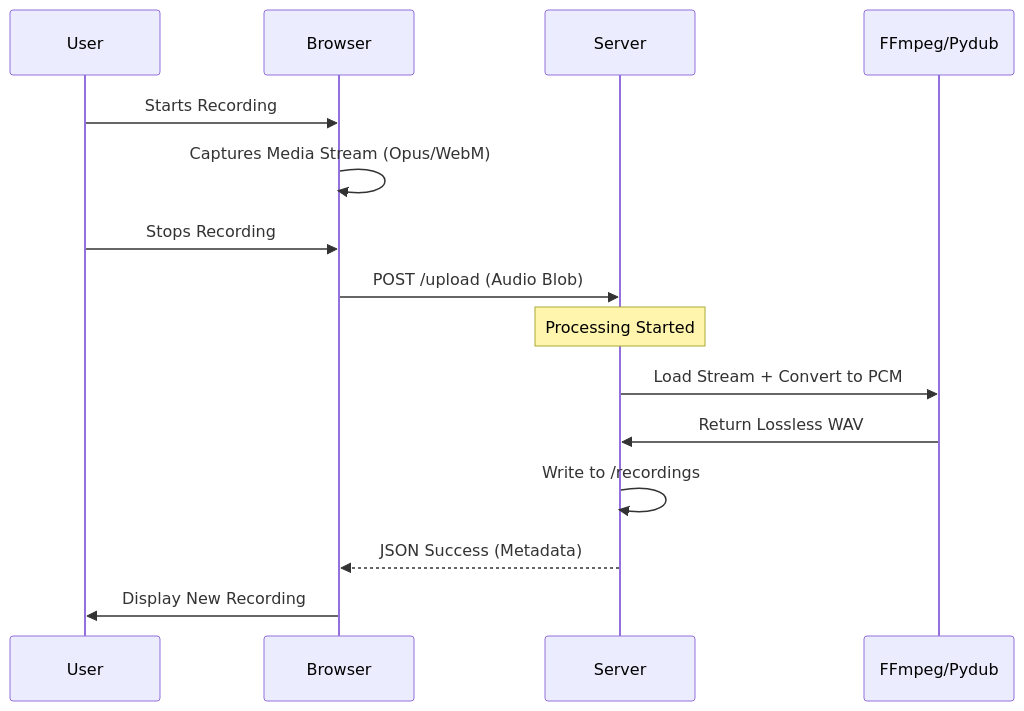
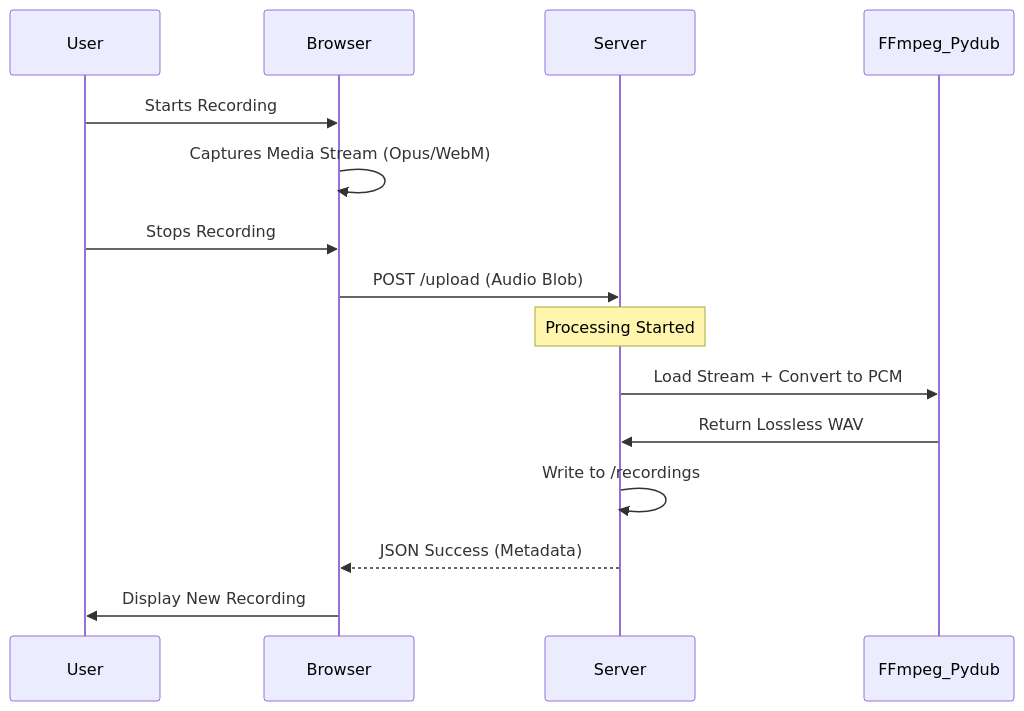
One commit to AmiXDme/Pro-Studio-Recorder changed the second of 2 diagrams in README.md. Above: the diagram before and after it, drawn with Mermaid. The commit also changed other lines of this file, not shown here.

Commit message:
🔧 Fix: Improve documentation compatibility and diagrams

````diff
--- a/README.md
+++ b/README.md
@@ -66,18 +67,18 @@
 ```mermaid
 sequenceDiagram
-    participant U as User
-    participant B as Browser
-    participant S as Server
-    participant F as FFmpeg/Pydub
+    participant User
+    participant Browser
+    participant Server
+    participant FFmpeg_Pydub
 
-    U->>B: Starts Recording
-    B->>B: Captures Media Stream (Opus/WebM)
-    U->>B: Stops Recording
-    B->>S: POST /upload (Audio Blob)
-    Note over S: Processing Started
-    S->>F: Load Stream + Convert to PCM
-    F->>S: Return Lossless WAV
-    S->>S: Write to /recordings
-    S-->>B: JSON Success (Metadata)
-    B->>U: Display New Recording
+    User->>Browser: Starts Recording
+    Browser->>Browser: Captures Media Stream (Opus/WebM)
+    User->>Browser: Stops Recording
+    Browser->>Server: POST /upload (Audio Blob)
+    Note over Server: Processing Started
+    Server->>FFmpeg_Pydub: Load Stream + Convert to PCM
+    FFmpeg_Pydub->>Server: Return Lossless WAV
+    Server->>Server: Write to /recordings
+    Server-->>Browser: JSON Success (Metadata)
+    Browser->>User: Display New Recording
 ```
````
